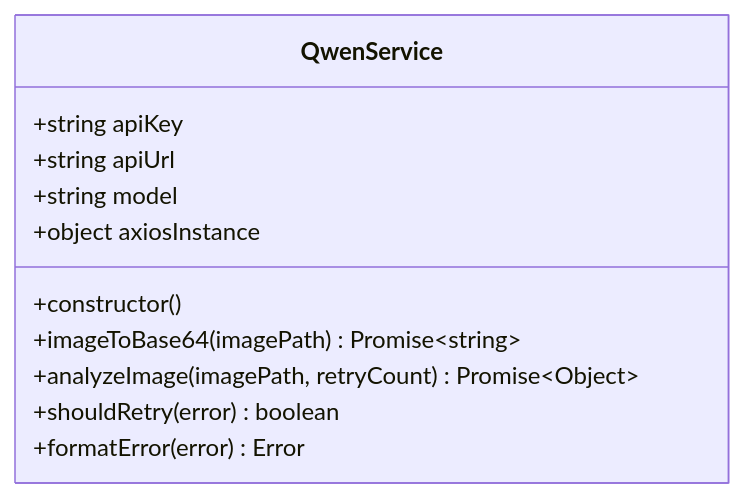
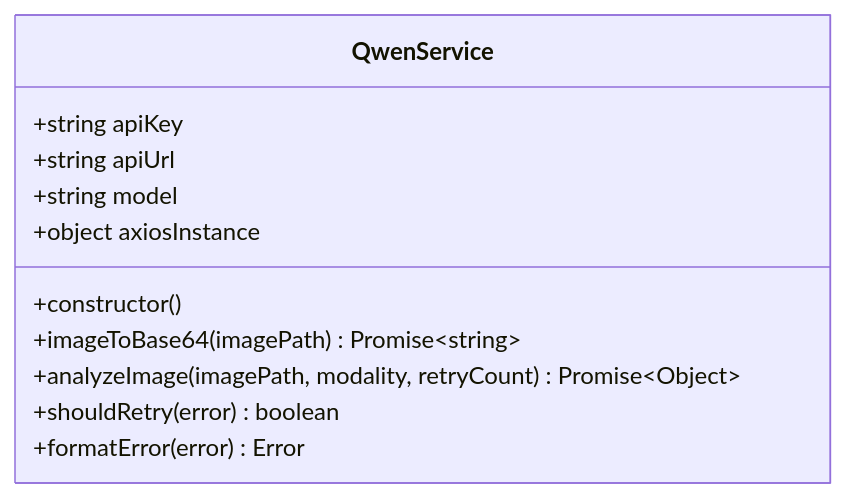
Before and after one commit to xingranya/CervixDetectAI: the first of 6 diagrams in wiki/后端架构/业务逻辑层/AI分析服务.md, drawn with Mermaid. The commit also changed other lines of this file, not shown here.

````diff
--- a/wiki/后端架构/业务逻辑层/AI分析服务.md
+++ b/wiki/后端架构/业务逻辑层/AI分析服务.md
@@ -36,14 +44,14 @@
 ```mermaid
 classDiagram
 class QwenService {
 +string apiKey
 +string apiUrl
 +string model
 +object axiosInstance
 +constructor()
 +imageToBase64(imagePath) Promise~string~
-+analyzeImage(imagePath, retryCount) Promise~Object~
++analyzeImage(imagePath, modality, retryCount) Promise~Object~
 +shouldRetry(error) boolean
 +formatError(error) Error
 }
 ```
````
